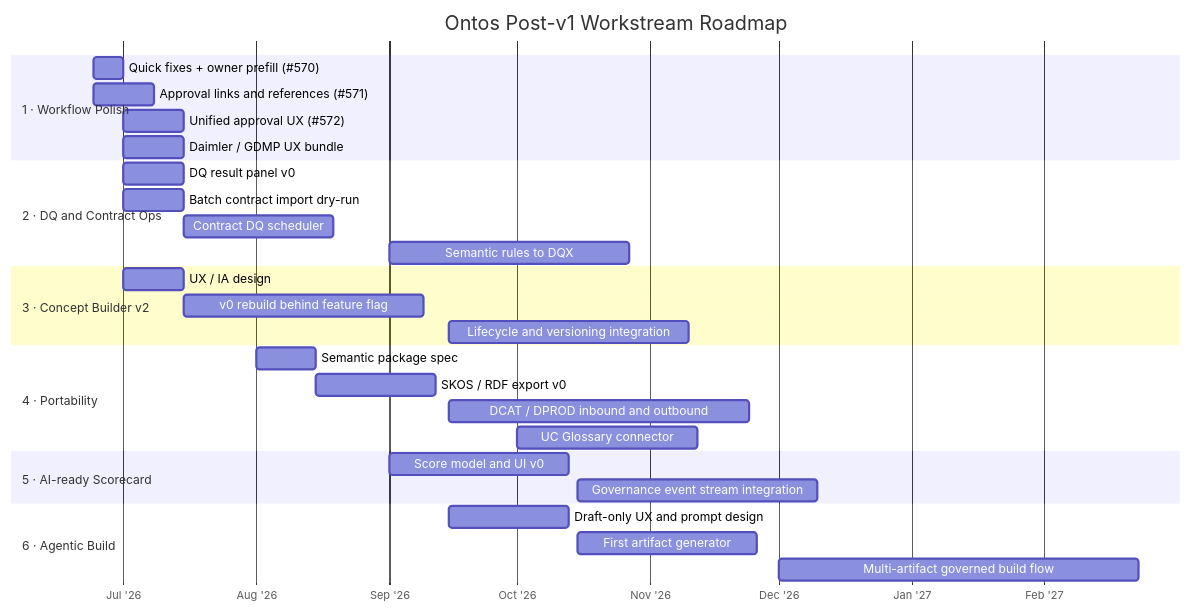
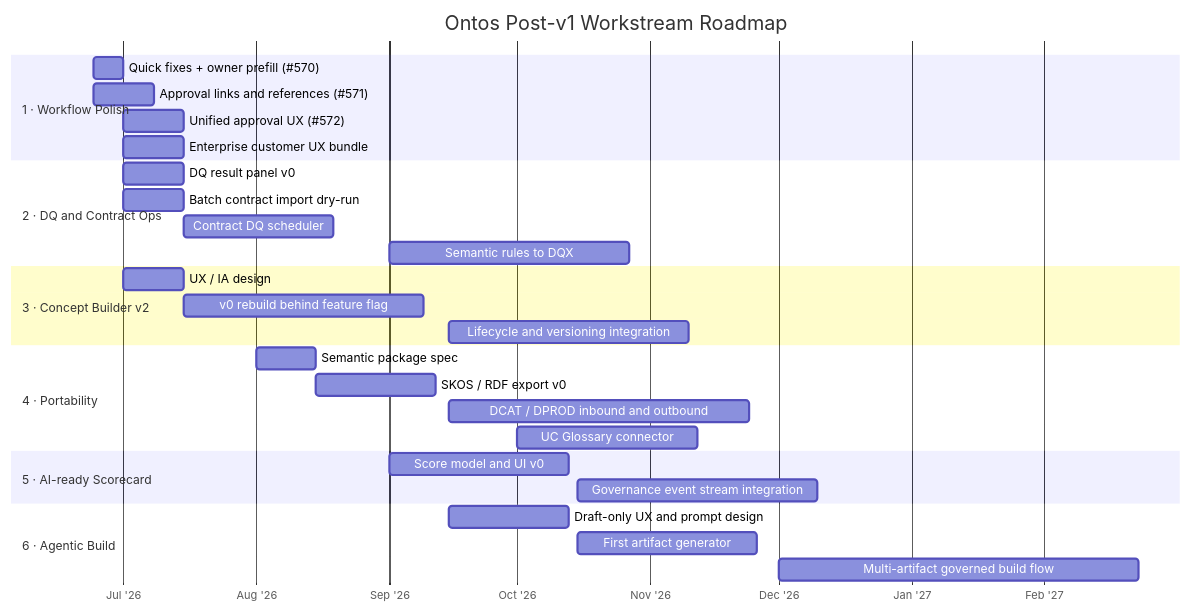
One commit to databrickslabs/ontos changed the first of 2 diagrams in docs/plans/post-v1-ai-ready-governance-roadmap.md. Above: the diagram before and after it, drawn with Mermaid. The commit also changed other lines of this file, not shown here.

Commit message:
docs(roadmap): anonymize customer references in RFC

````diff
--- a/docs/plans/post-v1-ai-ready-governance-roadmap.md
+++ b/docs/plans/post-v1-ai-ready-governance-roadmap.md
@@ -51,39 +51,39 @@
 ```mermaid
 gantt
     title Ontos Post-v1 Workstream Roadmap
     dateFormat  YYYY-MM-DD
     axisFormat  %b '%y
     todayMarker on
 
     section 1 · Workflow Polish
     Quick fixes + owner prefill (#570)    :wp1, 2026-06-24, 7d
     Approval links and references (#571)  :wp2, 2026-06-24, 14d
     Unified approval UX (#572)            :wp3, 2026-07-01, 14d
-    Daimler / GDMP UX bundle              :wp4, 2026-07-01, 14d
+    Enterprise customer UX bundle              :wp4, 2026-07-01, 14d
 
     section 2 · DQ and Contract Ops
     DQ result panel v0                    :dq1, 2026-07-01, 14d
     Batch contract import dry-run         :dq2, 2026-07-01, 14d
     Contract DQ scheduler                 :dq3, 2026-07-15, 35d
     Semantic rules to DQX                 :dq4, 2026-09-01, 56d
 
     section 3 · Concept Builder v2
     UX / IA design                        :cb1, 2026-07-01, 14d
     v0 rebuild behind feature flag        :cb2, 2026-07-15, 56d
     Lifecycle and versioning integration  :cb3, 2026-09-15, 56d
 
     section 4 · Portability
     Semantic package spec                 :p1, 2026-08-01, 14d
     SKOS / RDF export v0                  :p2, 2026-08-15, 28d
     DCAT / DPROD inbound and outbound     :p3, 2026-09-15, 70d
     UC Glossary connector                 :p4, 2026-10-01, 42d
 
     section 5 · AI-ready Scorecard
     Score model and UI v0                 :sc1, 2026-09-01, 42d
     Governance event stream integration   :sc2, 2026-10-15, 56d
 
     section 6 · Agentic Build
     Draft-only UX and prompt design       :ab1, 2026-09-15, 28d
     First artifact generator              :ab2, 2026-10-15, 42d
     Multi-artifact governed build flow    :ab3, 2026-12-01, 84d
 ```
````
